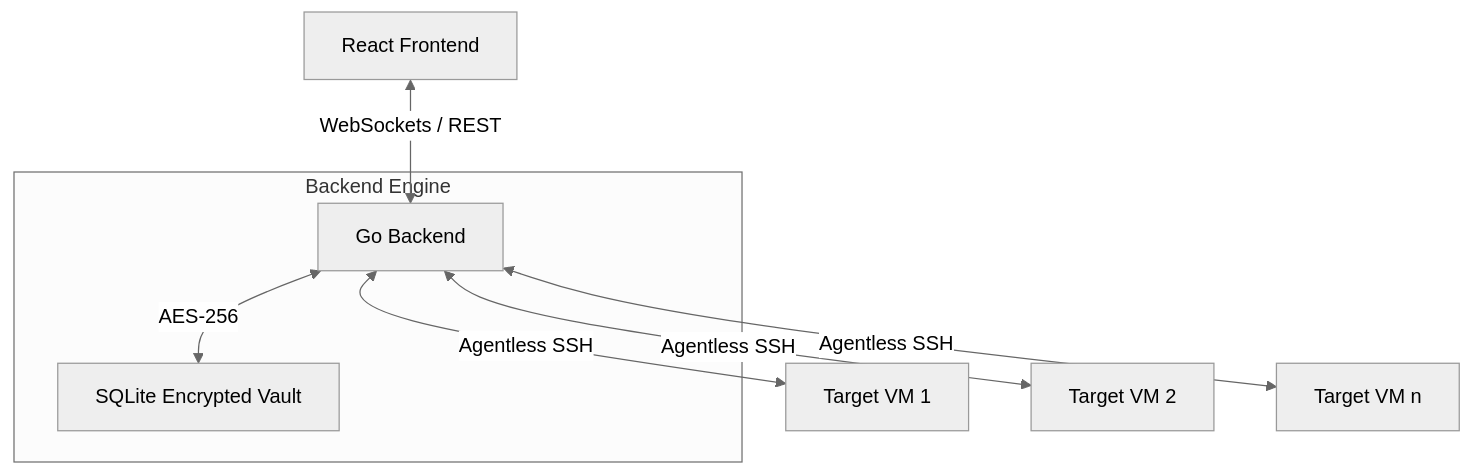
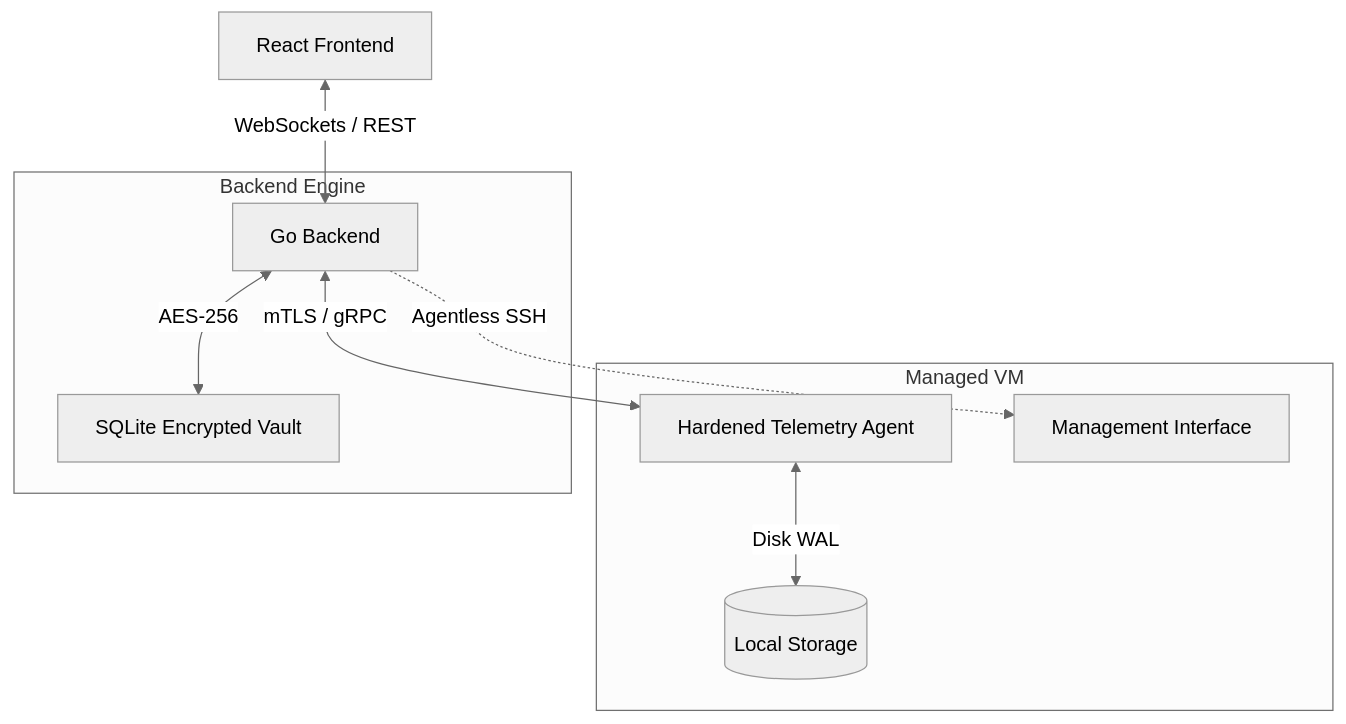
The diagram in README.md (ztr1566/Enterprise-Grade-VM-Management), drawn with Mermaid (neutral theme) before and after one commit. The commit also changed other lines of this file, not shown here.

````diff
--- a/README.md
+++ b/README.md
@@ -13,13 +13,19 @@
 ```mermaid
 graph TD
     Client[React Frontend] <-->|WebSockets / REST| API[Go Backend]
     API <-->|AES-256| Vault[SQLite Encrypted Vault]
-    API <-->|Agentless SSH| VM1[Target VM 1]
-    API <-->|Agentless SSH| VM2[Target VM 2]
-    API <-->|Agentless SSH| VMn[Target VM n]
+    API <-->|mTLS / gRPC| Agent[Hardened Telemetry Agent]
+    Agent <-->|Disk WAL| Disk[(Local Storage)]
+    API -.->|Agentless SSH| VM_SSH[Management Interface]
+
+    subgraph "Managed VM"
+        Agent
+        Disk
+        VM_SSH
+    end
 
     subgraph "Backend Engine"
         API
         Vault
     end
 ```
````
